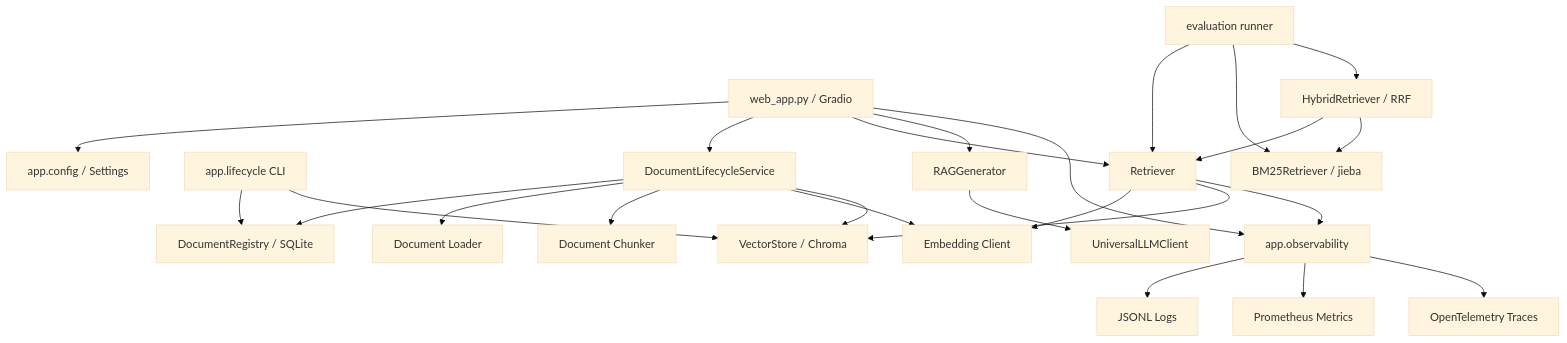
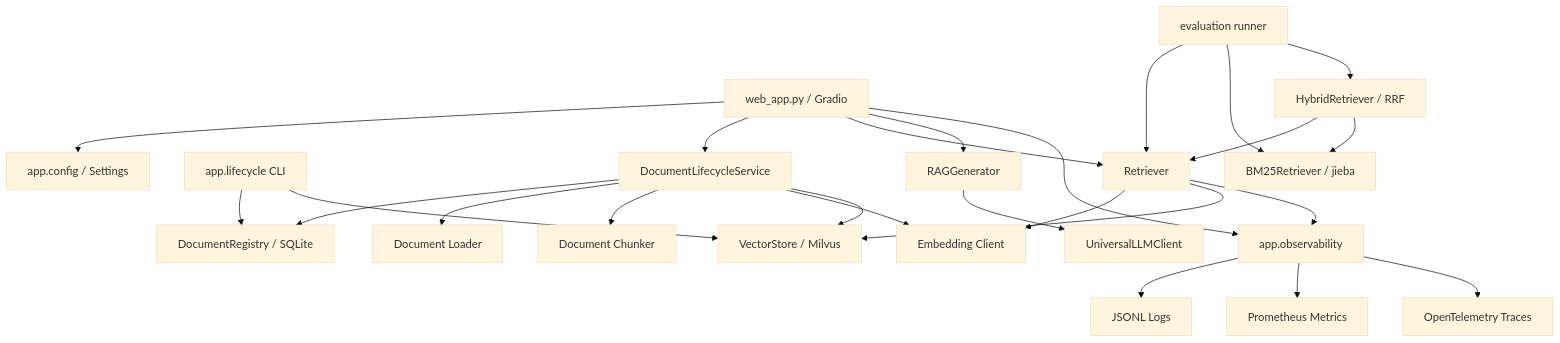
The diagram in ARCHITECTURE.md (Zhou-Jin-Feng/DocuMind), drawn with Mermaid (base theme) before and after one commit. The commit also changed other lines of this file and 34 other files, not shown here.

````diff
--- a/ARCHITECTURE.md
+++ b/ARCHITECTURE.md
@@ -5,27 +5,27 @@
 ```mermaid
 flowchart TD
     UI["web_app.py / Gradio"] --> CFG["app.config / Settings"]
     CLI["app.lifecycle CLI"] --> REG["DocumentRegistry / SQLite"]
     CLI --> VS
     UI --> LC["DocumentLifecycleService"]
     LC --> REG
     LC --> LOAD["Document Loader"]
     LC --> CHUNK["Document Chunker"]
     LC --> EMB["Embedding Client"]
-    LC --> VS["VectorStore / Chroma"]
+    LC --> VS["VectorStore / Milvus"]
     UI --> RET["Retriever"]
     RET --> EMB
     RET --> VS
     EVAL["evaluation runner"] --> RET
     EVAL --> LEX["BM25Retriever / jieba"]
     EVAL --> HYB["HybridRetriever / RRF"]
     HYB --> RET
     HYB --> LEX
     UI --> GEN["RAGGenerator"]
     GEN --> LLM["UniversalLLMClient"]
     UI --> OBS["app.observability"]
     RET --> OBS
     OBS --> LOG["JSONL Logs"]
     OBS --> MET["Prometheus Metrics"]
     OBS --> TRACE["OpenTelemetry Traces"]
 ```
````
